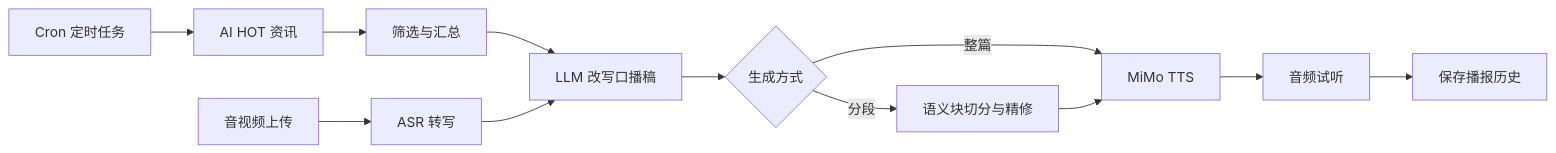
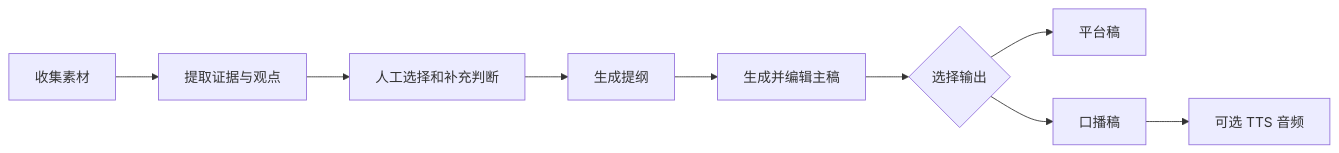
One commit to Fragtex254/tts-broadcast changed the diagram in README.md. Above: the diagram before and after it, drawn with Mermaid. The commit also changed other lines of this file and 34 other files, not shown here.

````diff
--- a/README.md
+++ b/README.md
@@ -28,14 +35,11 @@
 ```mermaid
 flowchart LR
-  A["AI HOT 资讯"] --> B["筛选与汇总"]
-  B --> C["LLM 改写口播稿"]
-  C --> D{"生成方式"}
-  D -->|"整篇"| E["MiMo TTS"]
-  D -->|"分段"| F["语义块切分与精修"]
-  F --> E
-  E --> G["音频试听"]
-  G --> H["保存播报历史"]
-  I["音视频上传"] --> J["ASR 转写"]
-  J --> C
-  K["Cron 定时任务"] --> A
+  A["收集素材"] --> B["提取证据与观点"]
+  B --> C["人工选择和补充判断"]
+  C --> D["生成提纲"]
+  D --> E["生成并编辑主稿"]
+  E --> F{"选择输出"}
+  F --> G["平台稿"]
+  F --> H["口播稿"]
+  H --> I["可选 TTS 音频"]
 ```
````
